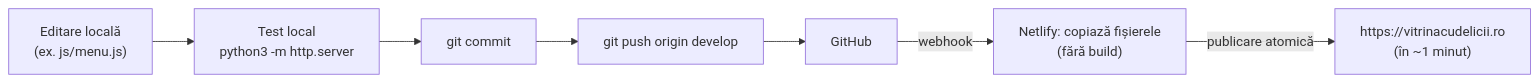
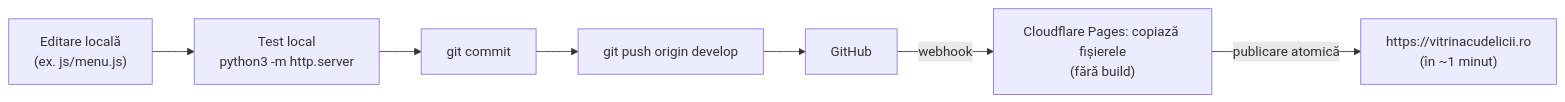
One commit to rosuflaviusalin/vitrina_cu_delicii changed the sixth of 9 diagrams in docs/arhitectura.md. Above: the diagram before and after it, drawn with Mermaid. The commit also changed other lines of this file and 3 other files, not shown here.

First line of the commit message:
Move hosting to Cloudflare Pages: 404 page, robots and docs

````diff
--- a/docs/arhitectura.md
+++ b/docs/arhitectura.md
@@ -227,8 +232,8 @@
 ```mermaid
 flowchart LR
     E["Editare locală<br/>(ex. js/menu.js)"] --> T["Test local<br/>python3 -m http.server"]
     T --> C["git commit"] --> P["git push origin develop"]
     P --> GH["GitHub"]
-    GH -->|"webhook"| N["Netlify: copiază fișierele<br/>(fără build)"]
+    GH -->|"webhook"| N["Cloudflare Pages: copiază fișierele<br/>(fără build)"]
     N -->|"publicare atomică"| L["https://vitrinacudelicii.ro<br/>(în ~1 minut)"]
 ```
````
